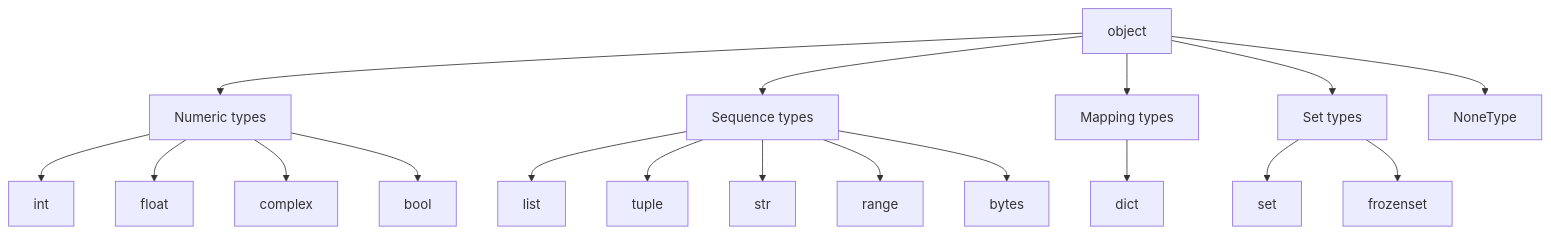
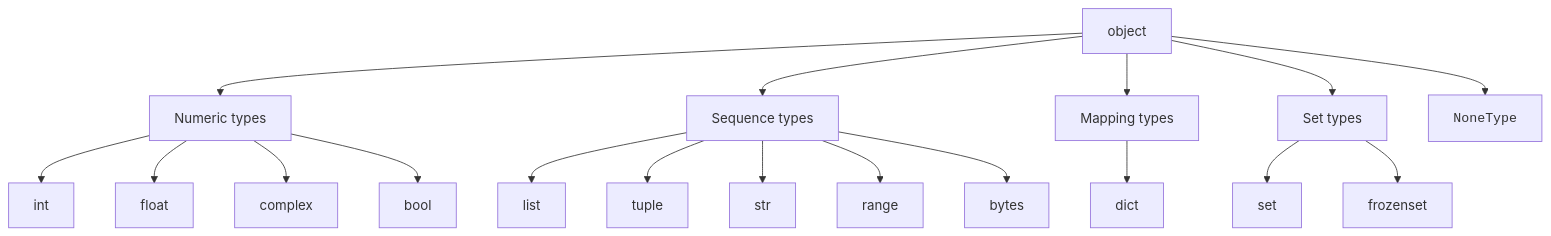
Before and after one commit to dataslope/dataslope: the diagram in content/learn/python-basics/data-types.mdx, drawn with Mermaid. The commit also changed 153 other files, not shown here.

First line of the commit message:
Render code-only mermaid shapes in monospace; convert step sequences to Steps

````diff
--- a/content/learn/python-basics/data-types.mdx
+++ b/content/learn/python-basics/data-types.mdx
@@ -52,24 +52,24 @@
 ```mermaid
 graph TD
     object[object] --> numeric[Numeric types]
     object --> sequence[Sequence types]
     object --> mapping[Mapping types]
     object --> set_types[Set types]
-    object --> none[NoneType]
+    object --> none["<code>NoneType</code>"]
     
     numeric --> int
     numeric --> float
     numeric --> complex
     numeric --> bool
     
     sequence --> list
     sequence --> tuple
     sequence --> str
     sequence --> range
     sequence --> bytes
     
     mapping --> dict
     
     set_types --> set
     set_types --> frozenset
 ```
````
